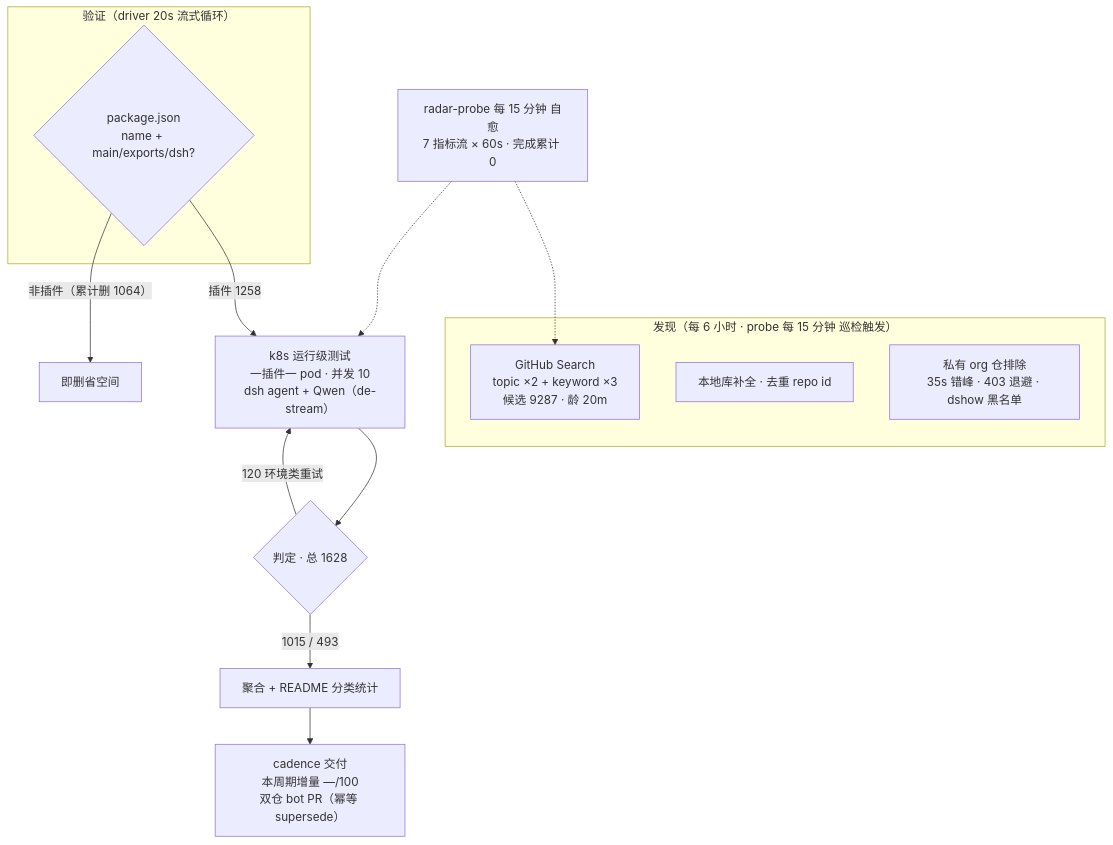
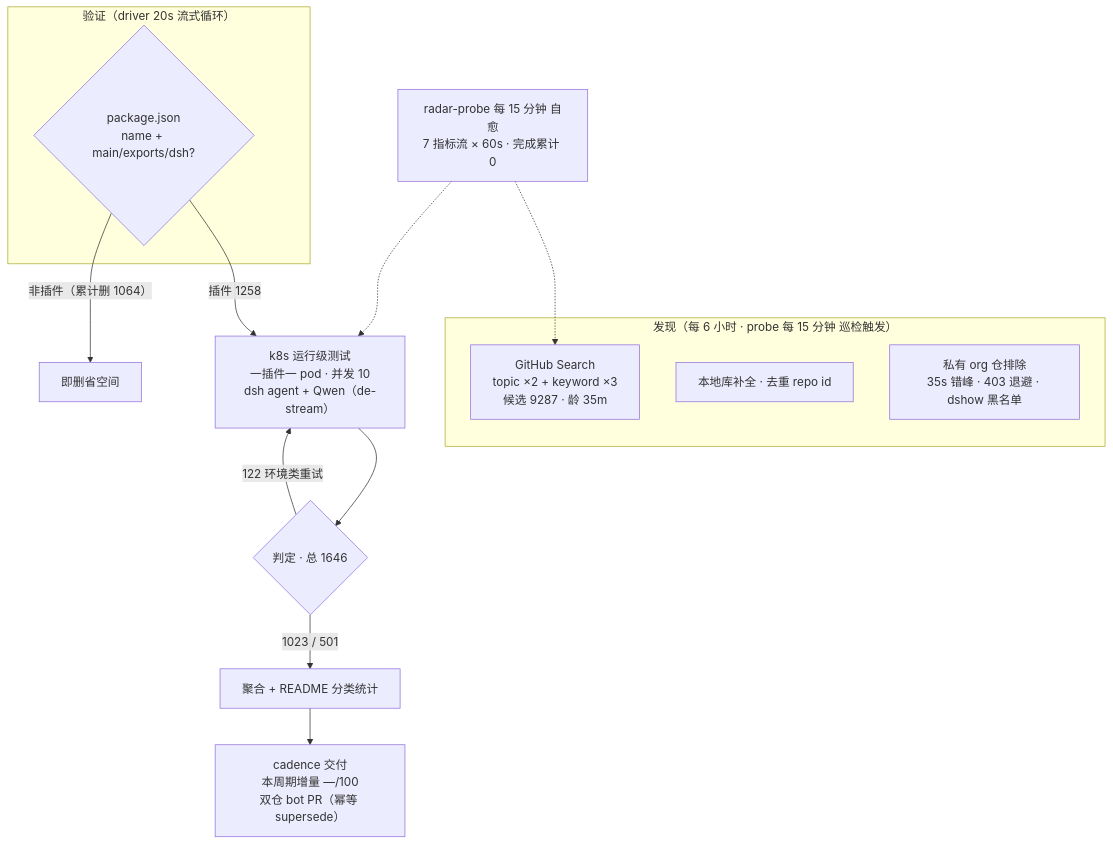
Before and after one commit to Zhidao-Lab-OSS/awesome-dsh-plugins: the diagram in README.md, drawn with Mermaid. The commit also changed other lines of this file and 1 other file, not shown here.

````diff
--- a/README.md
+++ b/README.md
@@ -37,19 +37,19 @@
 ```mermaid
 flowchart TB
     subgraph Discovery[" 发现（每 6 小时 · probe 每 15 分钟 巡检触发）"]
-        A1["GitHub Search<br/>topic ×2 + keyword ×3<br/>候选 9287 · 龄 20m"]
+        A1["GitHub Search<br/>topic ×2 + keyword ×3<br/>候选 9287 · 龄 35m"]
         A2["本地库补全 · 去重 repo id"]
         A3[" 私有 org 仓排除<br/>35s 错峰 · 403 退避 · dshow 黑名单"]
     end
     subgraph Validation[" 验证（driver 20s 流式循环）"]
         B1{"package.json<br/>name + main/exports/dsh?"}
     end
     B1 -->|"插件 1258"| C1["k8s 运行级测试<br/>一插件一 pod · 并发 10<br/>dsh agent + Qwen（de-stream）"]
     B1 -->|"非插件（累计删 1064）"| B3[" 即删省空间"]
-    C1 --> D1{"判定 · 总 1628"}
-    D1 -->|" 1015 /  493"| E1["聚合 + README 分类统计"]
-    D1 -->|" 120 环境类重试"| C1
+    C1 --> D1{"判定 · 总 1646"}
+    D1 -->|" 1023 /  501"| E1["聚合 + README 分类统计"]
+    D1 -->|" 122 环境类重试"| C1
     E1 --> E2["cadence 交付<br/>本周期增量 —/100<br/>双仓 bot PR（幂等 supersede）"]
     M[" radar-probe 每 15 分钟 自愈<br/>7 指标流 × 60s · 完成累计 0"] -.-> A1
     M -.-> C1
 ```
````
